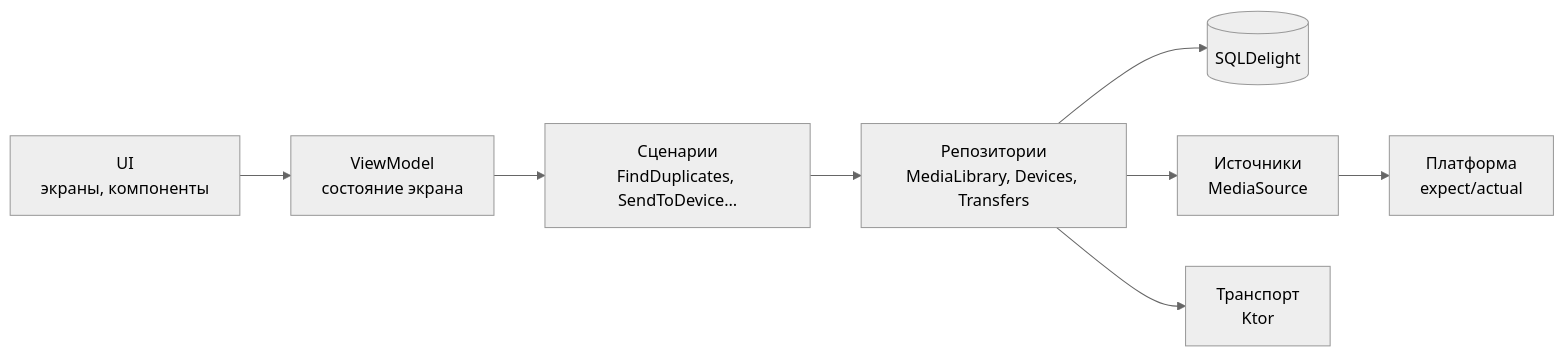
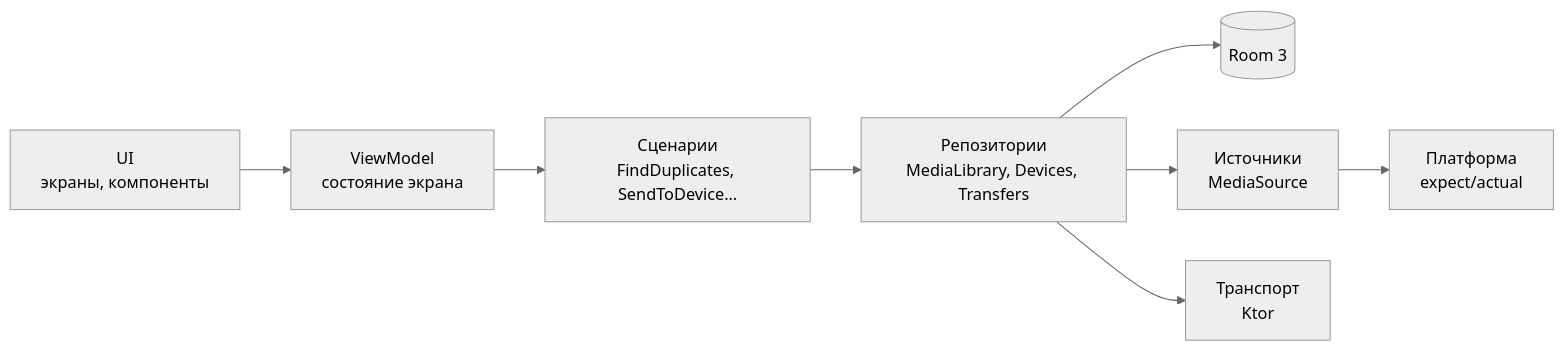
The second of 4 diagrams in docs/architecture/overview.md (intelbetteramd-sys/homeroll), drawn with Mermaid (neutral theme) before and after one commit. The commit also changed other lines of this file and 13 other files, not shown here.

````diff
--- a/docs/architecture/overview.md
+++ b/docs/architecture/overview.md
@@ -59,10 +59,10 @@
 ```mermaid
 flowchart LR
   UI["UI<br/>экраны, компоненты"] --> VM["ViewModel<br/>состояние экрана"]
   VM --> UC["Сценарии<br/>FindDuplicates, SendToDevice…"]
   UC --> REPO["Репозитории<br/>MediaLibrary, Devices, Transfers"]
-  REPO --> DB[("SQLDelight")]
+  REPO --> DB[("Room 3")]
   REPO --> SRC["Источники<br/>MediaSource"]
   REPO --> NET["Транспорт<br/>Ktor"]
   SRC --> PLAT["Платформа<br/>expect/actual"]
 ```
````
